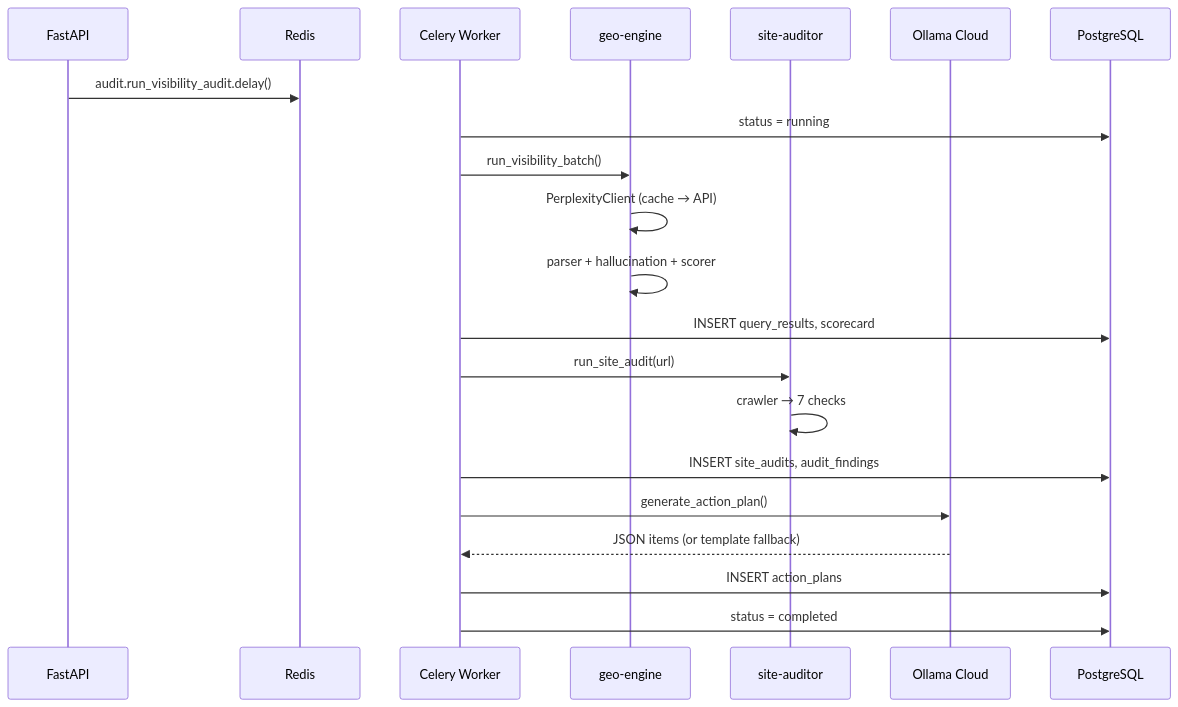
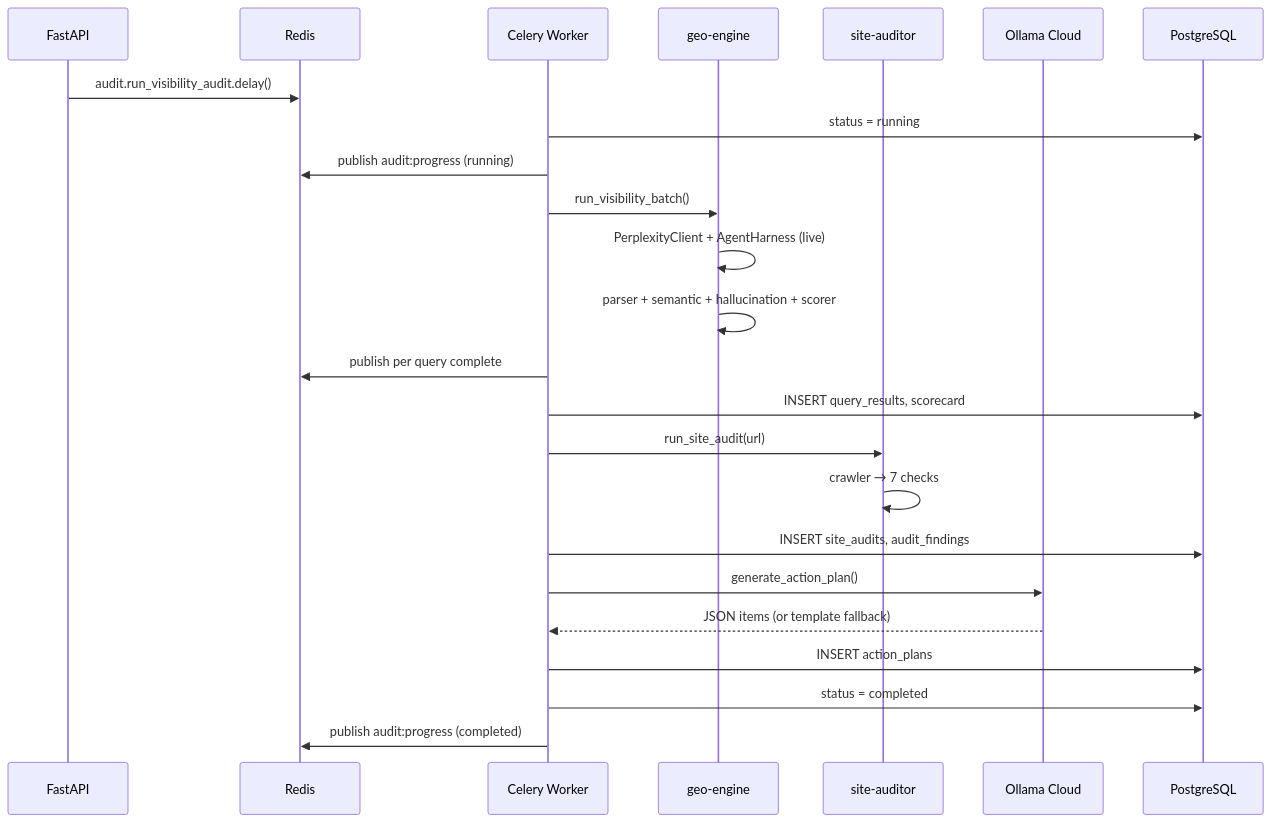
Before and after one commit to DeryFerd/pitchmind: the second of 3 diagrams in STRUCTURE.md, drawn with Mermaid. The commit also changed other lines of this file, not shown here.

First line of the commit message:
Sync STRUCTURE.md with ROAST round 2 architecture changes.

````diff
--- a/STRUCTURE.md
+++ b/STRUCTURE.md
@@ -244,24 +248,27 @@
 ```mermaid
 sequenceDiagram
     participant API as FastAPI
     participant Redis as Redis
     participant W as Celery Worker
     participant Geo as geo-engine
     participant Site as site-auditor
     participant Ollama as Ollama Cloud
     participant DB as PostgreSQL
 
     API->>Redis: audit.run_visibility_audit.delay()
     W->>DB: status = running
+    W->>Redis: publish audit:progress (running)
     W->>Geo: run_visibility_batch()
-    Geo->>Geo: PerplexityClient (cache → API)
-    Geo->>Geo: parser + hallucination + scorer
+    Geo->>Geo: PerplexityClient + AgentHarness (live)
+    Geo->>Geo: parser + semantic + hallucination + scorer
+    W->>Redis: publish per query complete
     W->>DB: INSERT query_results, scorecard
     W->>Site: run_site_audit(url)
     Site->>Site: crawler → 7 checks
     W->>DB: INSERT site_audits, audit_findings
     W->>Ollama: generate_action_plan()
     Ollama-->>W: JSON items (or template fallback)
     W->>DB: INSERT action_plans
     W->>DB: status = completed
+    W->>Redis: publish audit:progress (completed)
 ```
````
